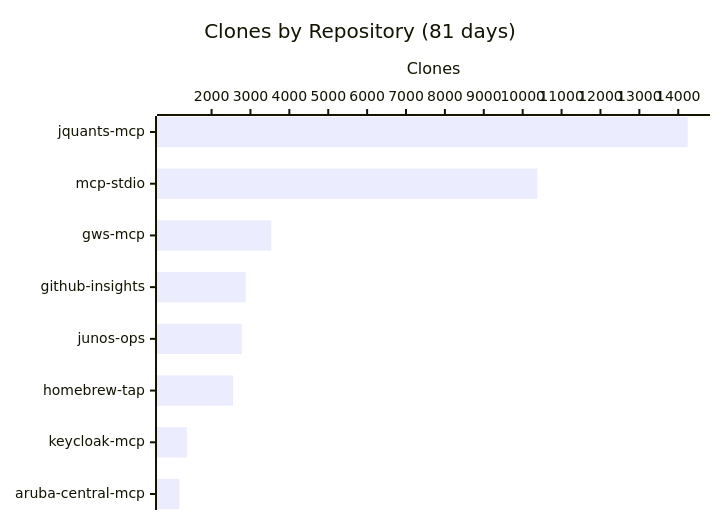
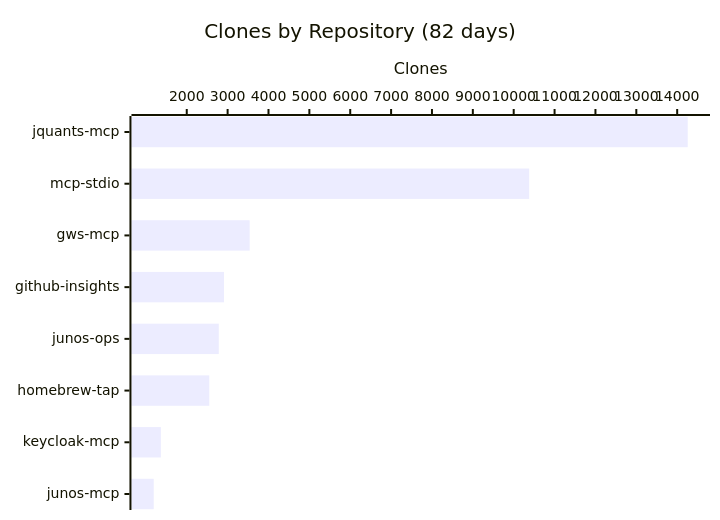
One commit to shigechika/github-insights changed the third of 3 diagrams in README.md. Above: the diagram before and after it, drawn with Mermaid. The commit also changed other lines of this file and 2 other files, not shown here.

````diff
--- a/README.md
+++ b/README.md
@@ -43,7 +43,7 @@
 ```mermaid
 xychart-beta horizontal
-    title "Clones by Repository (81 days)"
-    x-axis ["jquants-mcp", "mcp-stdio", "gws-mcp", "github-insights", "junos-ops", "homebrew-tap", "keycloak-mcp", "aruba-central-mcp"]
+    title "Clones by Repository (82 days)"
+    x-axis ["jquants-mcp", "mcp-stdio", "gws-mcp", "github-insights", "junos-ops", "homebrew-tap", "keycloak-mcp", "junos-mcp"]
     y-axis "Clones"
-    bar [14244, 10375, 3534, 2879, 2779, 2550, 1364, 1170]
+    bar [14258, 10379, 3539, 2912, 2783, 2551, 1367, 1192]
 ```
````
